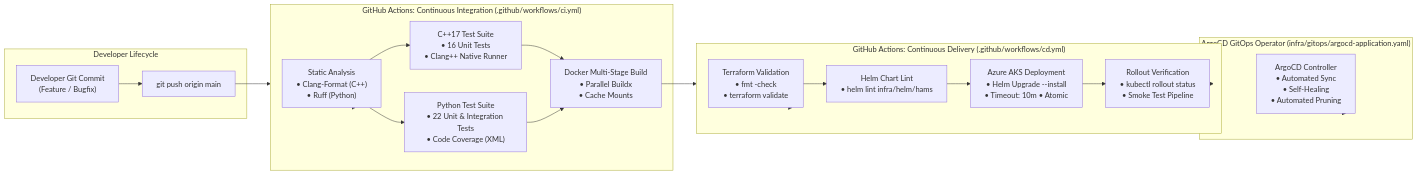
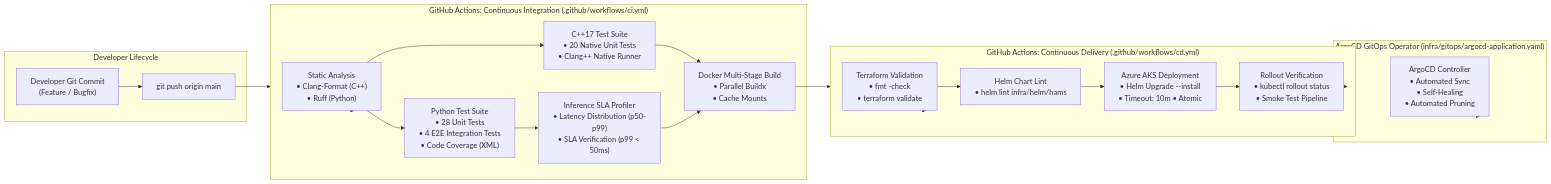
The sixth of 11 diagrams in README.md (bhushanasati25/Highly-Available-AI-Microservices), drawn with Mermaid before and after one commit. The commit also changed other lines of this file, not shown here.

Commit message:
docs: expand README with complete service API catalog, 3-tier K8s probe lifecycle, and 52-test metrics

````diff
--- a/README.md
+++ b/README.md
@@ -308,40 +308,42 @@
 ```mermaid
 flowchart LR
     subgraph Dev["Developer Lifecycle"]
         CODE["Developer Git Commit\n(Feature / Bugfix)"]
         PUSH["git push origin main"]
     end
 
     subgraph CI["GitHub Actions: Continuous Integration (.github/workflows/ci.yml)"]
         LINT["Static Analysis\n• Clang-Format (C++)\n• Ruff (Python)"]
-        TEST_CPP["C++17 Test Suite\n• 16 Unit Tests\n• Clang++ Native Runner"]
-        TEST_PY["Python Test Suite\n• 22 Unit & Integration Tests\n• Code Coverage (XML)"]
+        TEST_CPP["C++17 Test Suite\n• 20 Native Unit Tests\n• Clang++ Native Runner"]
+        TEST_PY["Python Test Suite\n• 28 Unit Tests\n• 4 E2E Integration Tests\n• Code Coverage (XML)"]
+        PROFILER["Inference SLA Profiler\n• Latency Distribution (p50-p99)\n• SLA Verification (p99 < 50ms)"]
         BUILD["Docker Multi-Stage Build\n• Parallel Buildx\n• Cache Mounts"]
     end
 
     subgraph CD["GitHub Actions: Continuous Delivery (.github/workflows/cd.yml)"]
         IAC["Terraform Validation\n• fmt -check\n• terraform validate"]
         HELM_LINT["Helm Chart Lint\n• helm lint infra/helm/hams"]
         DEPLOY["Azure AKS Deployment\n• Helm Upgrade --install\n• Timeout: 10m • Atomic"]
         VERIFY["Rollout Verification\n• kubectl rollout status\n• Smoke Test Pipeline"]
     end
 
     subgraph GitOps["ArgoCD GitOps Operator (infra/gitops/argocd-application.yaml)"]
         SYNC["ArgoCD Controller\n• Automated Sync\n• Self-Healing\n• Automated Pruning"]
     end
 
     CODE --> PUSH
     PUSH --> CI
     CI --> LINT
     LINT --> TEST_CPP
     LINT --> TEST_PY
     TEST_CPP --> BUILD
-    TEST_PY --> BUILD
+    TEST_PY --> PROFILER
+    PROFILER --> BUILD
     BUILD --> CD
     CD --> IAC
     IAC --> HELM_LINT
     HELM_LINT --> DEPLOY
     DEPLOY --> VERIFY
     VERIFY --> GitOps
     GitOps --> SYNC
 ```
````
